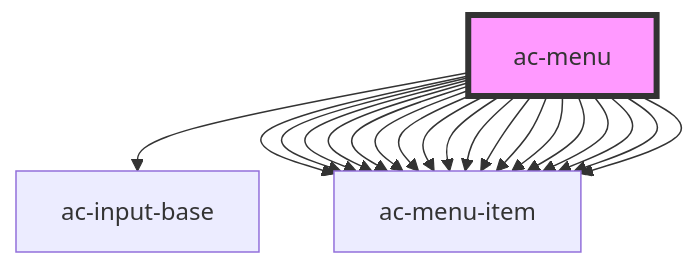
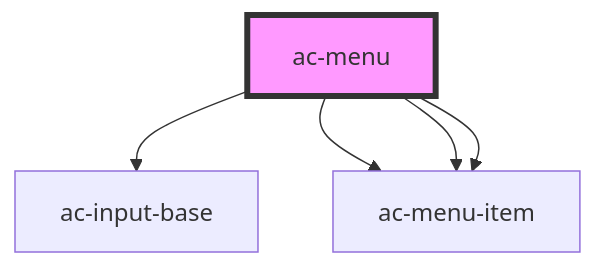
The diagram in src/components/molecules/ac-menu/readme.md (accera-tech/solar-components), drawn with Mermaid before and after one commit. The commit also changed other lines of this file and 13 other files, not shown here.

````diff
--- a/src/components/molecules/ac-menu/readme.md
+++ b/src/components/molecules/ac-menu/readme.md
@@ -51,23 +36,8 @@
 ```mermaid
 graph TD;
   ac-menu --> ac-input-base
   ac-menu --> ac-menu-item
   ac-menu --> ac-menu-item
   ac-menu --> ac-menu-item
-  ac-menu --> ac-menu-item
-  ac-menu --> ac-menu-item
-  ac-menu --> ac-menu-item
-  ac-menu --> ac-menu-item
-  ac-menu --> ac-menu-item
-  ac-menu --> ac-menu-item
-  ac-menu --> ac-menu-item
-  ac-menu --> ac-menu-item
-  ac-menu --> ac-menu-item
-  ac-menu --> ac-menu-item
-  ac-menu --> ac-menu-item
-  ac-menu --> ac-menu-item
-  ac-menu --> ac-menu-item
-  ac-menu --> ac-menu-item
-  ac-menu --> ac-menu-item
   style ac-menu fill:#f9f,stroke:#333,stroke-width:4px
 ```
````
